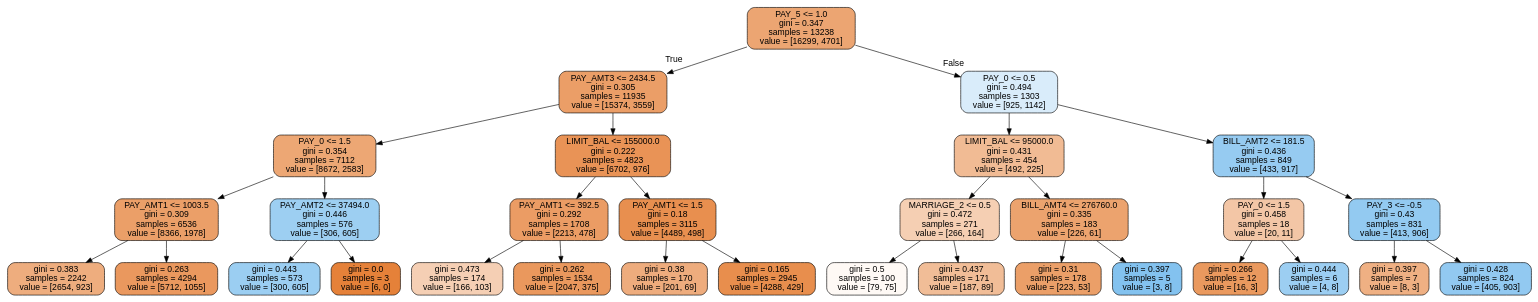
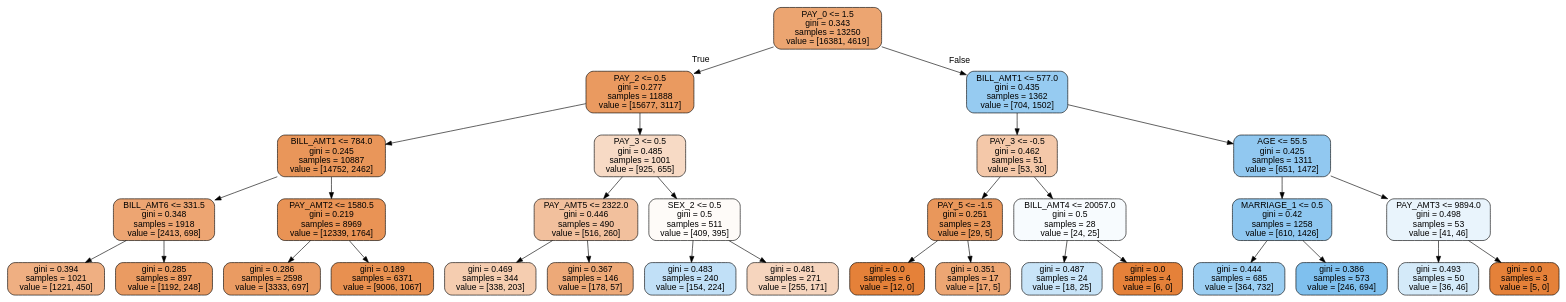
The diagram in _notebooks/tree6.dot (goodboychan/goodboychan.github.io), drawn with Graphviz before and after one commit. The commit also changed 2 other files, not shown here.

```diff
--- a/_notebooks/tree6.dot
+++ b/_notebooks/tree6.dot
@@ -1,65 +1,65 @@
 digraph Tree {
 node [shape=box, style="filled, rounded", color="black", fontname=helvetica] ;
 edge [fontname=helvetica] ;
-0 [label="PAY_5 <= 1.0\ngini = 0.347\nsamples = 13238\nvalue = [16299, 4701]", fillcolor="#eca572"] ;
-1 [label="PAY_AMT3 <= 2434.5\ngini = 0.305\nsamples = 11935\nvalue = [15374, 3559]", fillcolor="#eb9e67"] ;
+0 [label="PAY_0 <= 1.5\ngini = 0.343\nsamples = 13250\nvalue = [16381, 4619]", fillcolor="#eca571"] ;
+1 [label="PAY_2 <= 0.5\ngini = 0.277\nsamples = 11888\nvalue = [15677, 3117]", fillcolor="#ea9a60"] ;
 0 -> 1 [labeldistance=2.5, labelangle=45, headlabel="True"] ;
-2 [label="PAY_0 <= 1.5\ngini = 0.354\nsamples = 7112\nvalue = [8672, 2583]", fillcolor="#eda774"] ;
+2 [label="BILL_AMT1 <= 784.0\ngini = 0.245\nsamples = 10887\nvalue = [14752, 2462]", fillcolor="#e9965a"] ;
 1 -> 2 ;
-3 [label="PAY_AMT1 <= 1003.5\ngini = 0.309\nsamples = 6536\nvalue = [8366, 1978]", fillcolor="#eb9f68"] ;
+3 [label="BILL_AMT6 <= 331.5\ngini = 0.348\nsamples = 1918\nvalue = [2413, 698]", fillcolor="#eda572"] ;
 2 -> 3 ;
-4 [label="gini = 0.383\nsamples = 2242\nvalue = [2654, 923]", fillcolor="#eead7e"] ;
+4 [label="gini = 0.394\nsamples = 1021\nvalue = [1221, 450]", fillcolor="#efaf82"] ;
 3 -> 4 ;
-5 [label="gini = 0.263\nsamples = 4294\nvalue = [5712, 1055]", fillcolor="#ea985e"] ;
+5 [label="gini = 0.285\nsamples = 897\nvalue = [1192, 248]", fillcolor="#ea9b62"] ;
 3 -> 5 ;
-6 [label="PAY_AMT2 <= 37494.0\ngini = 0.446\nsamples = 576\nvalue = [306, 605]", fillcolor="#9dcff2"] ;
+6 [label="PAY_AMT2 <= 1580.5\ngini = 0.219\nsamples = 8969\nvalue = [12339, 1764]", fillcolor="#e99355"] ;
 2 -> 6 ;
-7 [label="gini = 0.443\nsamples = 573\nvalue = [300, 605]", fillcolor="#9bcef2"] ;
+7 [label="gini = 0.286\nsamples = 2598\nvalue = [3333, 697]", fillcolor="#ea9b62"] ;
 6 -> 7 ;
-8 [label="gini = 0.0\nsamples = 3\nvalue = [6, 0]", fillcolor="#e58139"] ;
+8 [label="gini = 0.189\nsamples = 6371\nvalue = [9006, 1067]", fillcolor="#e89050"] ;
 6 -> 8 ;
-9 [label="LIMIT_BAL <= 155000.0\ngini = 0.222\nsamples = 4823\nvalue = [6702, 976]", fillcolor="#e99356"] ;
+9 [label="PAY_3 <= 0.5\ngini = 0.485\nsamples = 1001\nvalue = [925, 655]", fillcolor="#f7dac5"] ;
 1 -> 9 ;
-10 [label="PAY_AMT1 <= 392.5\ngini = 0.292\nsamples = 1708\nvalue = [2213, 478]", fillcolor="#eb9c64"] ;
+10 [label="PAY_AMT5 <= 2322.0\ngini = 0.446\nsamples = 490\nvalue = [516, 260]", fillcolor="#f2c09d"] ;
 9 -> 10 ;
-11 [label="gini = 0.473\nsamples = 174\nvalue = [166, 103]", fillcolor="#f5cfb4"] ;
+11 [label="gini = 0.469\nsamples = 344\nvalue = [338, 203]", fillcolor="#f5cdb0"] ;
 10 -> 11 ;
-12 [label="gini = 0.262\nsamples = 1534\nvalue = [2047, 375]", fillcolor="#ea985d"] ;
+12 [label="gini = 0.367\nsamples = 146\nvalue = [178, 57]", fillcolor="#eda978"] ;
 10 -> 12 ;
-13 [label="PAY_AMT1 <= 1.5\ngini = 0.18\nsamples = 3115\nvalue = [4489, 498]", fillcolor="#e88f4f"] ;
+13 [label="SEX_2 <= 0.5\ngini = 0.5\nsamples = 511\nvalue = [409, 395]", fillcolor="#fefbf8"] ;
 9 -> 13 ;
-14 [label="gini = 0.38\nsamples = 170\nvalue = [201, 69]", fillcolor="#eeac7d"] ;
+14 [label="gini = 0.483\nsamples = 240\nvalue = [154, 224]", fillcolor="#c1e0f7"] ;
 13 -> 14 ;
-15 [label="gini = 0.165\nsamples = 2945\nvalue = [4288, 429]", fillcolor="#e88e4d"] ;
+15 [label="gini = 0.481\nsamples = 271\nvalue = [255, 171]", fillcolor="#f6d5be"] ;
 13 -> 15 ;
-16 [label="PAY_0 <= 0.5\ngini = 0.494\nsamples = 1303\nvalue = [925, 1142]", fillcolor="#d9ecfa"] ;
+16 [label="BILL_AMT1 <= 577.0\ngini = 0.435\nsamples = 1362\nvalue = [704, 1502]", fillcolor="#96cbf1"] ;
 0 -> 16 [labeldistance=2.5, labelangle=-45, headlabel="False"] ;
-17 [label="LIMIT_BAL <= 95000.0\ngini = 0.431\nsamples = 454\nvalue = [492, 225]", fillcolor="#f1bb94"] ;
+17 [label="PAY_3 <= -0.5\ngini = 0.462\nsamples = 51\nvalue = [53, 30]", fillcolor="#f4c8a9"] ;
 16 -> 17 ;
-18 [label="MARRIAGE_2 <= 0.5\ngini = 0.472\nsamples = 271\nvalue = [266, 164]", fillcolor="#f5cfb3"] ;
+18 [label="PAY_5 <= -1.5\ngini = 0.251\nsamples = 23\nvalue = [29, 5]", fillcolor="#e9975b"] ;
 17 -> 18 ;
-19 [label="gini = 0.5\nsamples = 100\nvalue = [79, 75]", fillcolor="#fef9f5"] ;
+19 [label="gini = 0.0\nsamples = 6\nvalue = [12, 0]", fillcolor="#e58139"] ;
 18 -> 19 ;
-20 [label="gini = 0.437\nsamples = 171\nvalue = [187, 89]", fillcolor="#f1bd97"] ;
+20 [label="gini = 0.351\nsamples = 17\nvalue = [17, 5]", fillcolor="#eda673"] ;
 18 -> 20 ;
-21 [label="BILL_AMT4 <= 276760.0\ngini = 0.335\nsamples = 183\nvalue = [226, 61]", fillcolor="#eca36e"] ;
+21 [label="BILL_AMT4 <= 20057.0\ngini = 0.5\nsamples = 28\nvalue = [24, 25]", fillcolor="#f7fbfe"] ;
 17 -> 21 ;
-22 [label="gini = 0.31\nsamples = 178\nvalue = [223, 53]", fillcolor="#eb9f68"] ;
+22 [label="gini = 0.487\nsamples = 24\nvalue = [18, 25]", fillcolor="#c8e4f8"] ;
 21 -> 22 ;
-23 [label="gini = 0.397\nsamples = 5\nvalue = [3, 8]", fillcolor="#83c2ef"] ;
+23 [label="gini = 0.0\nsamples = 4\nvalue = [6, 0]", fillcolor="#e58139"] ;
 21 -> 23 ;
-24 [label="BILL_AMT2 <= 181.5\ngini = 0.436\nsamples = 849\nvalue = [433, 917]", fillcolor="#96cbf1"] ;
+24 [label="AGE <= 55.5\ngini = 0.425\nsamples = 1311\nvalue = [651, 1472]", fillcolor="#91c8f0"] ;
 16 -> 24 ;
-25 [label="PAY_0 <= 1.5\ngini = 0.458\nsamples = 18\nvalue = [20, 11]", fillcolor="#f3c6a6"] ;
+25 [label="MARRIAGE_1 <= 0.5\ngini = 0.42\nsamples = 1258\nvalue = [610, 1426]", fillcolor="#8ec7f0"] ;
 24 -> 25 ;
-26 [label="gini = 0.266\nsamples = 12\nvalue = [16, 3]", fillcolor="#ea995e"] ;
+26 [label="gini = 0.444\nsamples = 685\nvalue = [364, 732]", fillcolor="#9bcef2"] ;
 25 -> 26 ;
-27 [label="gini = 0.444\nsamples = 6\nvalue = [4, 8]", fillcolor="#9ccef2"] ;
+27 [label="gini = 0.386\nsamples = 573\nvalue = [246, 694]", fillcolor="#7fc0ee"] ;
 25 -> 27 ;
-28 [label="PAY_3 <= -0.5\ngini = 0.43\nsamples = 831\nvalue = [413, 906]", fillcolor="#93caf1"] ;
+28 [label="PAY_AMT3 <= 9894.0\ngini = 0.498\nsamples = 53\nvalue = [41, 46]", fillcolor="#e9f4fc"] ;
 24 -> 28 ;
-29 [label="gini = 0.397\nsamples = 7\nvalue = [8, 3]", fillcolor="#efb083"] ;
+29 [label="gini = 0.493\nsamples = 50\nvalue = [36, 46]", fillcolor="#d4eaf9"] ;
 28 -> 29 ;
-30 [label="gini = 0.428\nsamples = 824\nvalue = [405, 903]", fillcolor="#92c9f1"] ;
+30 [label="gini = 0.0\nsamples = 3\nvalue = [5, 0]", fillcolor="#e58139"] ;
 28 -> 30 ;
 }
```
